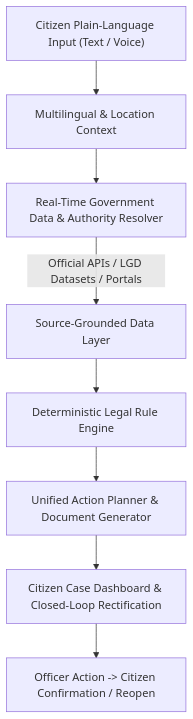
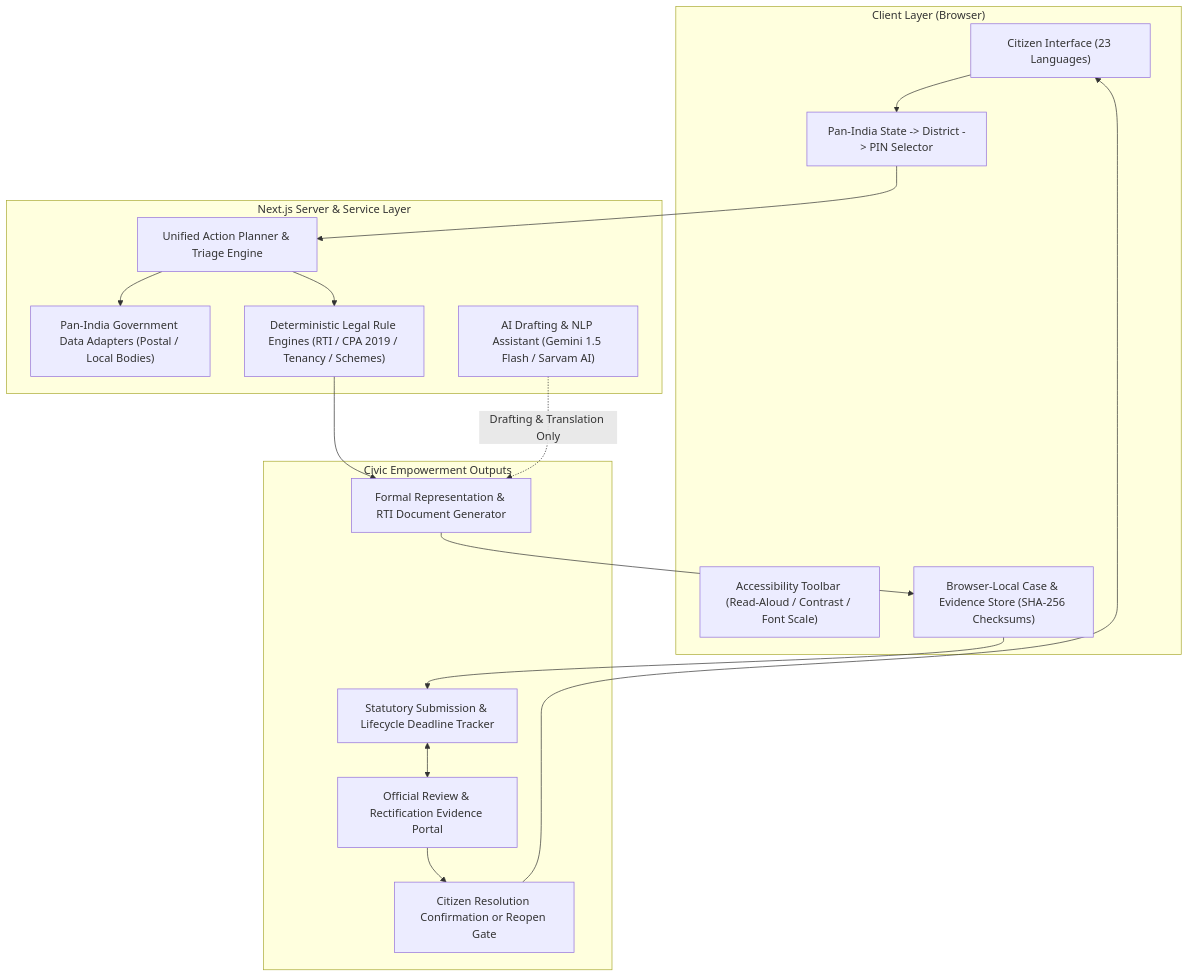
The diagram in README.md (ammuelsa17-ui/inforight-ai), drawn with Mermaid before and after one commit. The commit also changed other lines of this file, not shown here.

Commit message:
docs: polish submission README with verified test counts, architecture, and truthful claims

````diff
--- a/README.md
+++ b/README.md
@@ -24,10 +62,33 @@
 ```mermaid
 flowchart TD
-    A["Citizen Plain-Language Input (Text / Voice)"] --> B["Multilingual & Location Context"]
-    B --> C["Real-Time Government Data & Authority Resolver"]
-    C -->|Official APIs / LGD Datasets / Portals| D["Source-Grounded Data Layer"]
-    D --> E["Deterministic Legal Rule Engine"]
-    E --> F["Unified Action Planner & Document Generator"]
-    F --> G["Citizen Case Dashboard & Closed-Loop Rectification"]
-    G --> H["Officer Action -> Citizen Confirmation / Reopen"]
+    subgraph ClientLayer ["Client Layer (Browser)"]
+        UI["Citizen Interface (23 Languages)"]
+        A11y["Accessibility Toolbar (Read-Aloud / Contrast / Font Scale)"]
+        Loc["Pan-India State -> District -> PIN Selector"]
+        Store["Browser-Local Case & Evidence Store (SHA-256 Checksums)"]
+    end
+
+    subgraph ServiceLayer ["Next.js Server & Service Layer"]
+        Triage["Unified Action Planner & Triage Engine"]
+        GovData["Pan-India Government Data Adapters (Postal / Local Bodies)"]
+        RuleEngines["Deterministic Legal Rule Engines (RTI / CPA 2019 / Tenancy / Schemes)"]
+        LLM["AI Drafting & NLP Assistant (Gemini 1.5 Flash / Sarvam AI)"]
+    end
+
+    subgraph OutputLayer ["Civic Empowerment Outputs"]
+        DocGen["Formal Representation & RTI Document Generator"]
+        Tracker["Statutory Submission & Lifecycle Deadline Tracker"]
+        OfficialPortal["Official Review & Rectification Evidence Portal"]
+        ClosedLoop["Citizen Resolution Confirmation or Reopen Gate"]
+    end
+
+    UI --> Loc --> Triage
+    Triage --> RuleEngines
+    Triage --> GovData
+    RuleEngines --> DocGen
+    LLM -.->|Drafting & Translation Only| DocGen
+    DocGen --> Store --> Tracker
+    Tracker <--> OfficialPortal
+    OfficialPortal --> ClosedLoop
+    ClosedLoop --> UI
 ```
````
